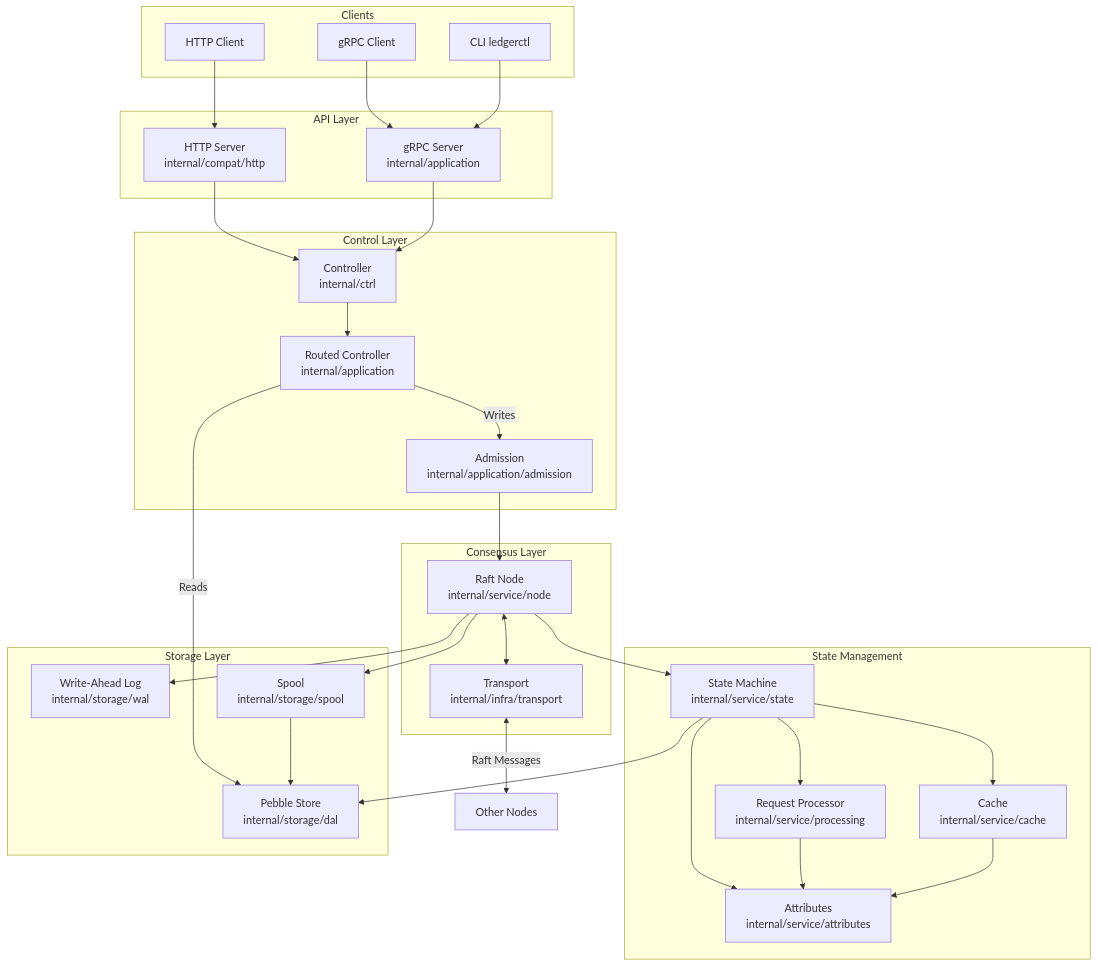
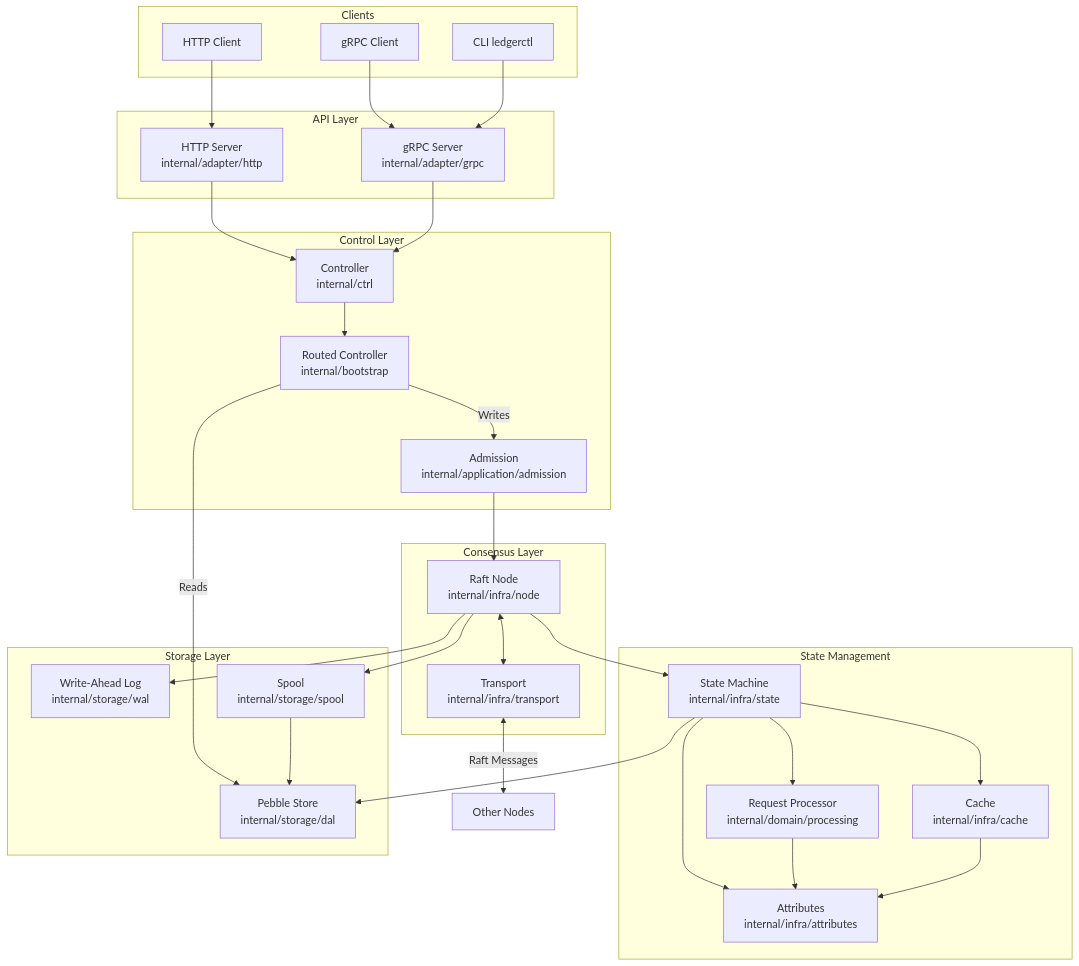
The first of 6 diagrams in docs/dev/architecture/overview.md (formancehq/ledger), drawn with Mermaid before and after one commit. The commit also changed other lines of this file and 338 other files, not shown here.

First line of the commit message:
refactor: dissolve service/ into DDD layers, extract adapter/ and bootstrap/

````diff
--- a/docs/dev/architecture/overview.md
+++ b/docs/dev/architecture/overview.md
@@ -9,66 +9,66 @@
 ```mermaid
 flowchart TB
     subgraph Clients
         HTTP[HTTP Client]
         GRPC[gRPC Client]
         CLI[CLI ledgerctl]
     end
 
     subgraph API["API Layer"]
-        HTTPServer[HTTP Server<br/>internal/compat/http]
-        GRPCServer[gRPC Server<br/>internal/application]
+        HTTPServer[HTTP Server<br/>internal/adapter/http]
+        GRPCServer[gRPC Server<br/>internal/adapter/grpc]
     end
 
     subgraph Control["Control Layer"]
         Controller[Controller<br/>internal/ctrl]
-        RoutedCtrl[Routed Controller<br/>internal/application]
+        RoutedCtrl[Routed Controller<br/>internal/bootstrap]
         Admission[Admission<br/>internal/application/admission]
     end
 
     subgraph Consensus["Consensus Layer"]
-        Node[Raft Node<br/>internal/service/node]
+        Node[Raft Node<br/>internal/infra/node]
         Transport[Transport<br/>internal/infra/transport]
     end
 
     subgraph State["State Management"]
-        FSM[State Machine<br/>internal/service/state]
-        Processing[Request Processor<br/>internal/service/processing]
-        Cache[Cache<br/>internal/service/cache]
-        Attributes[Attributes<br/>internal/service/attributes]
+        FSM[State Machine<br/>internal/infra/state]
+        Processing[Request Processor<br/>internal/domain/processing]
+        Cache[Cache<br/>internal/infra/cache]
+        Attributes[Attributes<br/>internal/infra/attributes]
     end
 
     subgraph Storage["Storage Layer"]
         Store[Pebble Store<br/>internal/storage/dal]
         WAL[Write-Ahead Log<br/>internal/storage/wal]
         Spool[Spool<br/>internal/storage/spool]
     end
 
     HTTP --> HTTPServer
     GRPC --> GRPCServer
     CLI --> GRPCServer
 
     HTTPServer --> Controller
     GRPCServer --> Controller
 
     Controller --> RoutedCtrl
     RoutedCtrl -->|Writes| Admission
     RoutedCtrl -->|Reads| Store
 
     Admission --> Node
     Node <--> Transport
     Transport <-->|Raft Messages| OtherNodes[Other Nodes]
 
     Node --> FSM
     FSM --> Processing
     FSM --> Cache
     FSM --> Attributes
     FSM --> Store
 
     Processing --> Attributes
 
     Node --> WAL
     Node --> Spool
     Spool --> Store
 
     Cache --> Attributes
 ```
````
